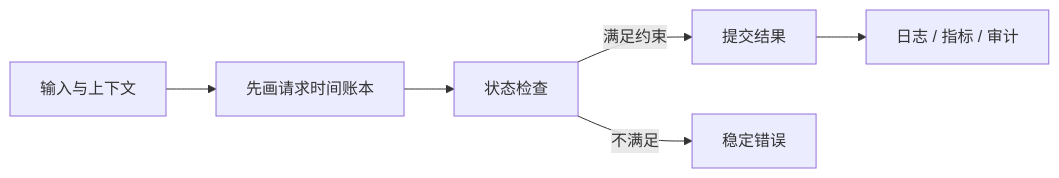
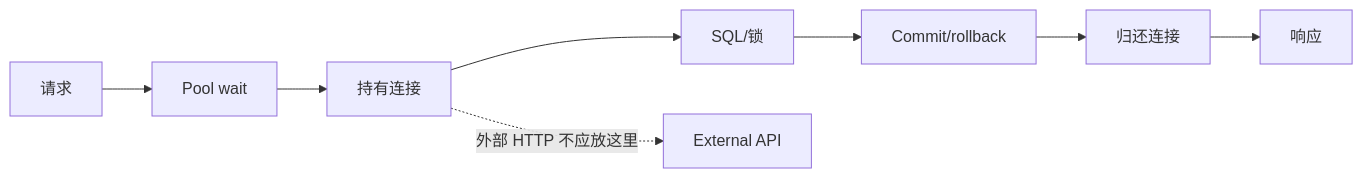
The diagram in docs/backend/mysql-query-connection-performance.md (upJiang/jiang-blog-vitepress), drawn with Mermaid before and after one commit. The commit also changed other lines of this file and 341 other files, not shown here.

````diff
--- a/docs/backend/mysql-query-connection-performance.md
+++ b/docs/backend/mysql-query-connection-performance.md
@@ -34,8 +70,10 @@
 ```mermaid
 flowchart LR
-  A[输入与上下文] --> B[先画请求时间账本]
-  B --> C[状态检查]
-  C -->|满足约束| D[提交结果]
-  C -->|不满足| E[稳定错误]
-  D --> F[日志 / 指标 / 审计]
+  R[请求] --> W[Pool wait]
+  W --> C[持有连接]
+  C --> Q[SQL/锁]
+  Q --> COMMIT[Commit/rollback]
+  COMMIT --> FREE[归还连接]
+  FREE --> RESP[响应]
+  C -.外部 HTTP 不应放这里.-> EXT[External API]
 ```
````
